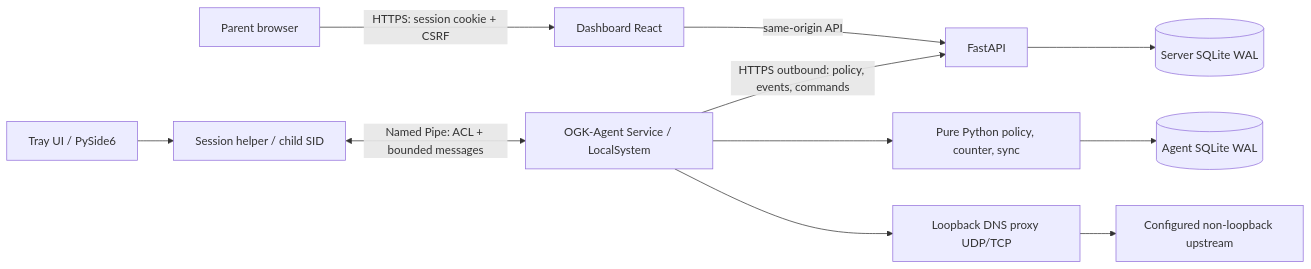
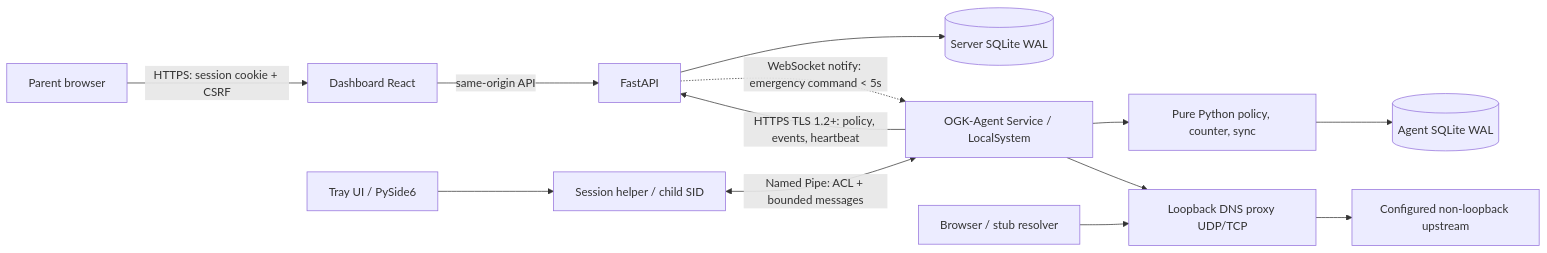
One commit to khiem2007/ogk changed the diagram in docs/ARCHITECTURE.md. Above: the diagram before and after it, drawn with Mermaid. The commit also changed other lines of this file and 41 other files, not shown here.

````diff
--- a/docs/ARCHITECTURE.md
+++ b/docs/ARCHITECTURE.md
@@ -5,13 +5,15 @@
 ```mermaid
 flowchart LR
     Parent[Parent browser] -->|HTTPS: session cookie + CSRF| Dashboard[Dashboard React]
     Dashboard -->|same-origin API| API[FastAPI]
     API --> ServerDB[(Server SQLite WAL)]
-    Service[OGK-Agent Service / LocalSystem] -->|HTTPS outbound: policy, events, commands| API
+    Service[OGK-Agent Service / LocalSystem] -->|HTTPS TLS 1.2+: policy, events, heartbeat| API
+    API -.->|WebSocket notify: emergency command < 5s| Service
     Service --> Core[Pure Python policy, counter, sync]
     Core --> LocalDB[(Agent SQLite WAL)]
     Helper[Session helper / child SID] <-->|Named Pipe: ACL + bounded messages| Service
     Tray[Tray UI / PySide6] --> Helper
-    Service --> DNS[Loopback DNS proxy UDP/TCP]
+    Browser[Browser / stub resolver] --> DNS[Loopback DNS proxy UDP/TCP]
+    Service --> DNS
     DNS --> Upstream[Configured non-loopback upstream]
 ```
````
